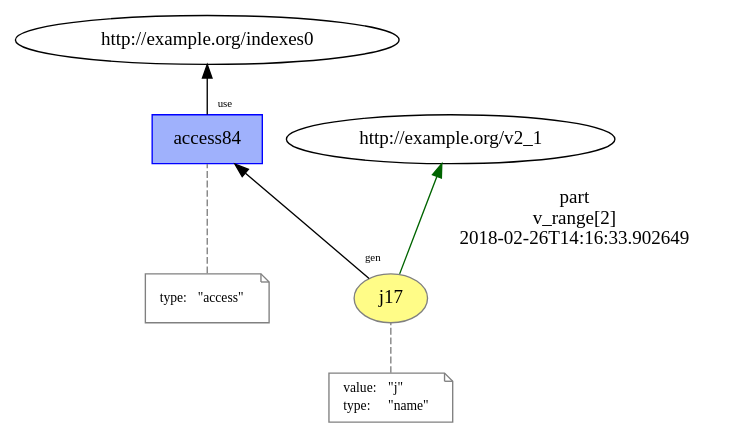
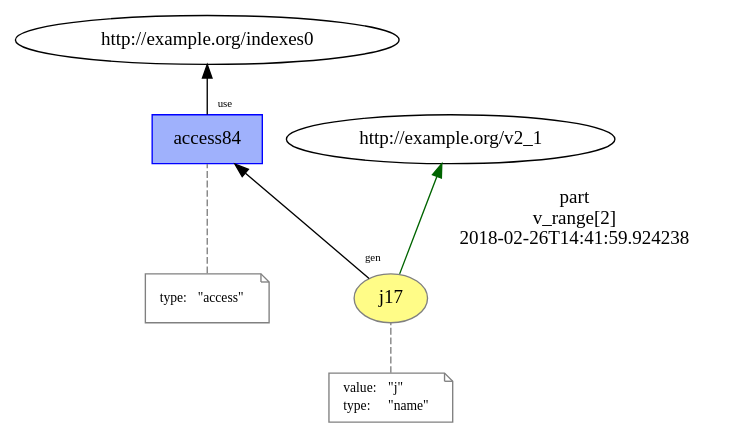
Before and after one commit to dew-uff/versioned-prov: the diagram in mutable_prov/temp/L13__loop_access17.dot, drawn with Graphviz. The commit also changed 527 other files, not shown here.

```diff
--- a/mutable_prov/temp/L13__loop_access17.dot
+++ b/mutable_prov/temp/L13__loop_access17.dot
@@ -1,27 +1,27 @@
 digraph "PROV" { size="16,12"; rankdir="BT";
 "http://example.org/j17" [fillcolor="#FFFC87",color="#808080",style="filled",label="j17",URL="http://example.org/j17"]
 "-attrs0" [color="gray",shape="note",fontsize="10",fontcolor="black",label=<<TABLE cellpadding="0" border="0">
 	<TR>
 	    <TD align="left">value:</TD>
 	    <TD align="left">&quot;j&quot;</TD>
 	</TR>
 	<TR>
 	    <TD align="left">type:</TD>
 	    <TD align="left">&quot;name&quot;</TD>
 	</TR>
 </TABLE>>]
 "-attrs0" -> "http://example.org/j17" [color="gray",style="dashed",arrowhead="none"]
 "http://example.org/j17" -> "http://example.org/v2_1" [labelfontsize="8",labeldistance="1.5",color="darkgreen",labelangle="60.0",rotation="20",label="part
 v_range[2]
-2018-02-26T14:16:33.902649"]
+2018-02-26T14:41:59.924238"]
 "http://example.org/access84" [fillcolor="#9FB1FC",color="#0000FF",shape="polygon",sides="4",style="filled",label="access84",URL="http://example.org/access84"]
 "-attrs1" [color="gray",shape="note",fontsize="10",fontcolor="black",label=<<TABLE cellpadding="0" border="0">
 	<TR>
 	    <TD align="left">type:</TD>
 	    <TD align="left">&quot;access&quot;</TD>
 	</TR>
 </TABLE>>]
 "-attrs1" -> "http://example.org/access84" [color="gray",style="dashed",arrowhead="none"]
 "http://example.org/access84" -> "http://example.org/indexes0" [labelfontsize="8",labeldistance="1.5",labelangle="60.0",rotation="20",taillabel="use"]
 "http://example.org/j17" -> "http://example.org/access84" [labelfontsize="8",labeldistance="1.5",labelangle="60.0",rotation="20",taillabel="gen"]
 }
```
